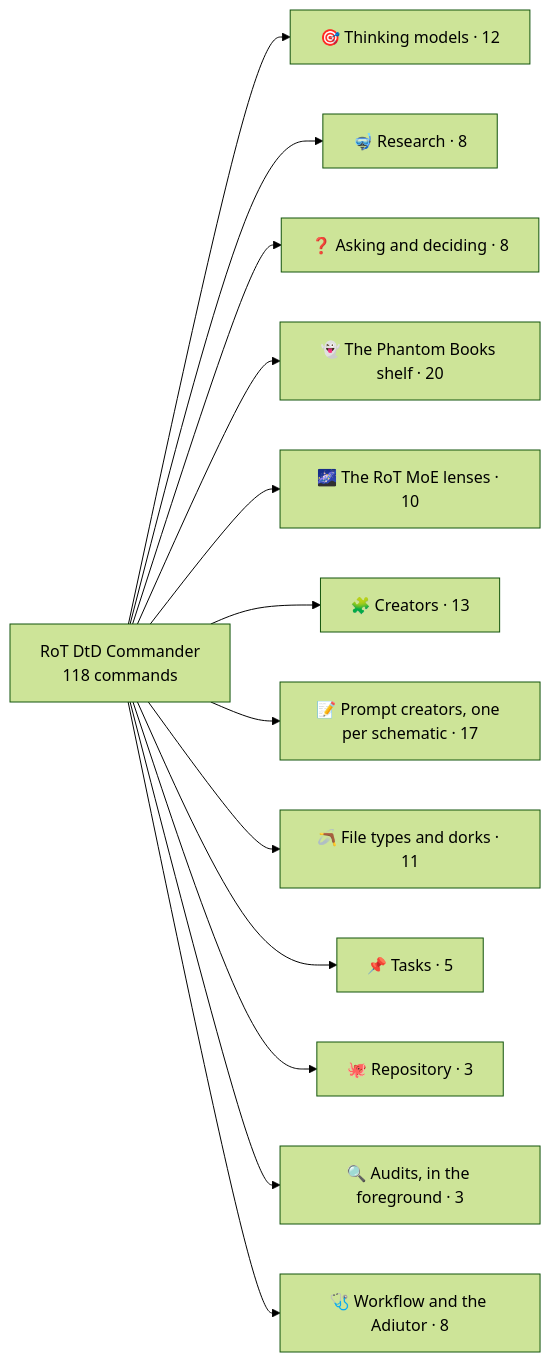
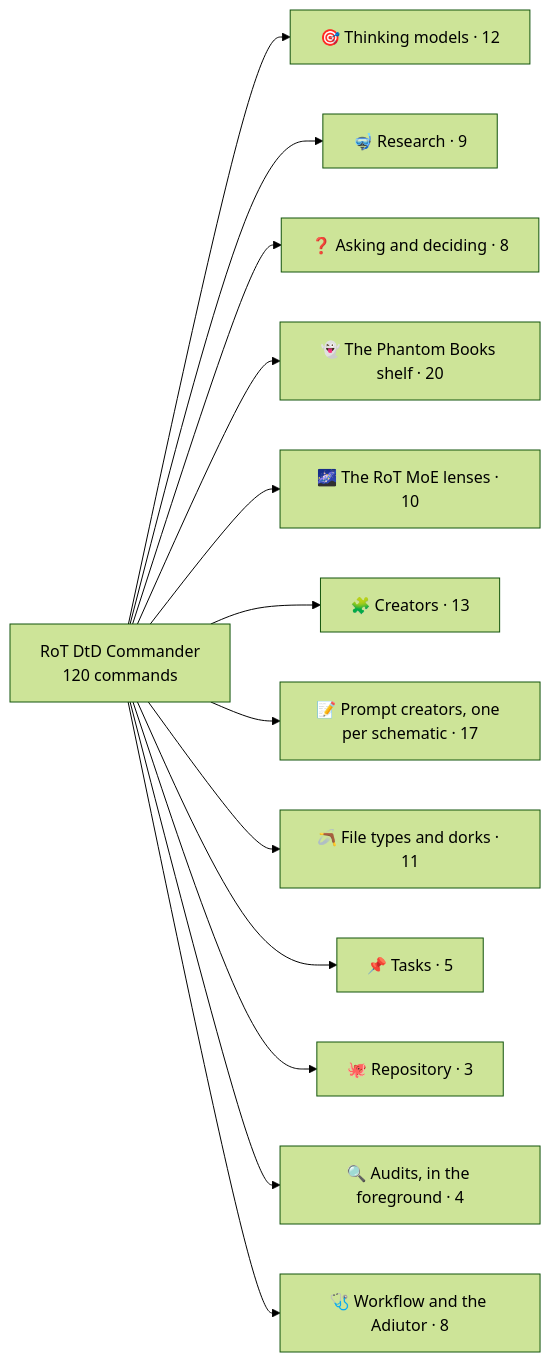
Before and after one commit to Nova-Violet-Role/RoT-DtD-Commander: the diagram in README.md, drawn with Mermaid (forest theme). The commit also changed other lines of this file and 24 other files, not shown here.

````diff
--- a/README.md
+++ b/README.md
@@ -208,16 +215,16 @@
 ```mermaid
 flowchart LR
-  R["RoT DtD Commander<br/>118 commands"]
+  R["RoT DtD Commander<br/>120 commands"]
   R --> thinking["🎯 Thinking models · 12"]
-  R --> research["🤿 Research · 8"]
+  R --> research["🤿 Research · 9"]
   R --> asking["❓ Asking and deciding · 8"]
   R --> shelf["👻 The Phantom Books shelf · 20"]
   R --> lenses["🌌 The RoT MoE lenses · 10"]
   R --> creators["🧩 Creators · 13"]
   R --> prompts["📝 Prompt creators, one per schematic · 17"]
   R --> filetypes["🪃 File types and dorks · 11"]
   R --> tasks["📌 Tasks · 5"]
   R --> repository["🐙 Repository · 3"]
-  R --> audits["🔍 Audits, in the foreground · 3"]
+  R --> audits["🔍 Audits, in the foreground · 4"]
   R --> workflow["🩺 Workflow and the Adiutor · 8"]
 ```
````
